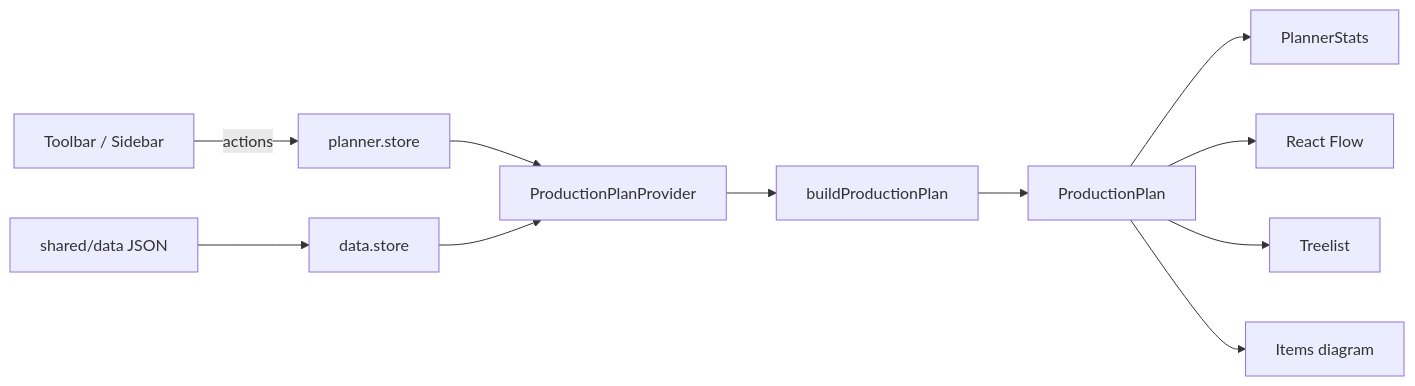
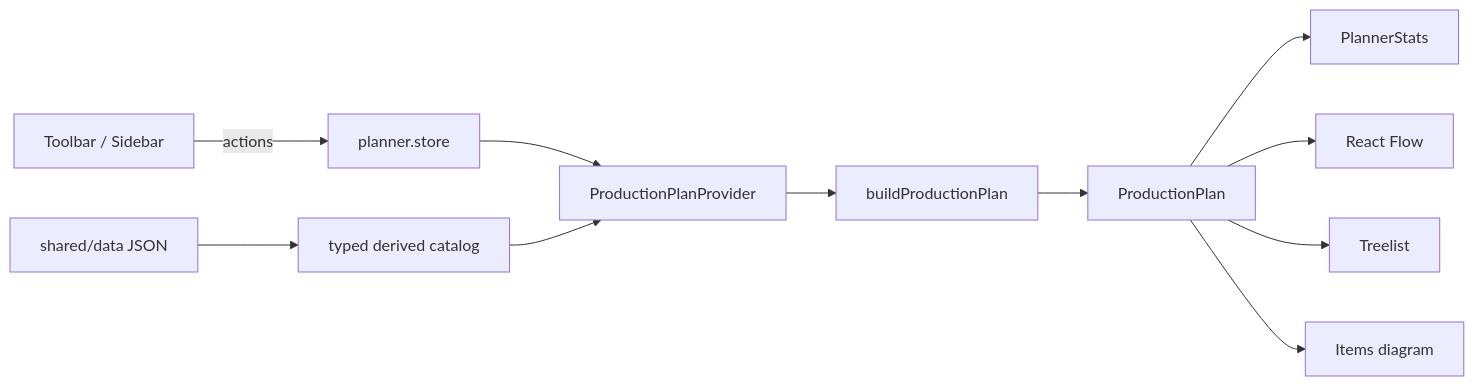
Before and after one commit to javiluli/starrupture-planner: the first of 2 diagrams in src/features/planner/README.md, drawn with Mermaid. The commit also changed other lines of this file and 82 other files, not shown here.

Commit message:
Centralize derived game catalog

````diff
--- a/src/features/planner/README.md
+++ b/src/features/planner/README.md
@@ -47,13 +47,13 @@
 ```mermaid
 flowchart LR
   UI[Toolbar / Sidebar] -->|actions| Store[planner.store]
-  Data[shared/data JSON] --> DataStore[data.store]
+  Data[shared/data JSON] --> Catalog[typed derived catalog]
   Store --> Provider[ProductionPlanProvider]
-  DataStore --> Provider
+  Catalog --> Provider
   Provider --> Builder[buildProductionPlan]
   Builder --> Plan[ProductionPlan]
   Plan --> Stats[PlannerStats]
   Plan --> Flow[React Flow]
   Plan --> Tree[Treelist]
   Plan --> Items[Items diagram]
 ```
````
